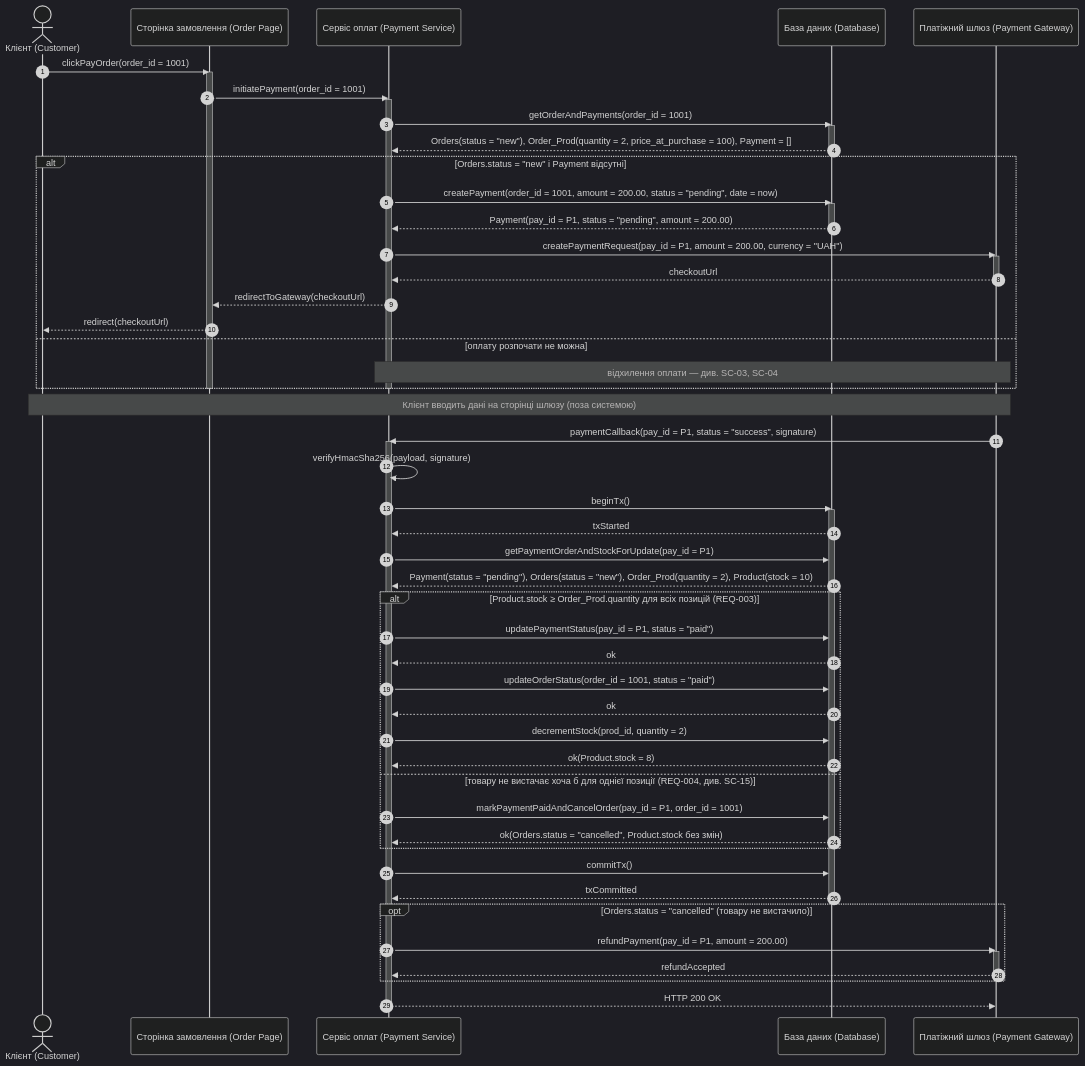
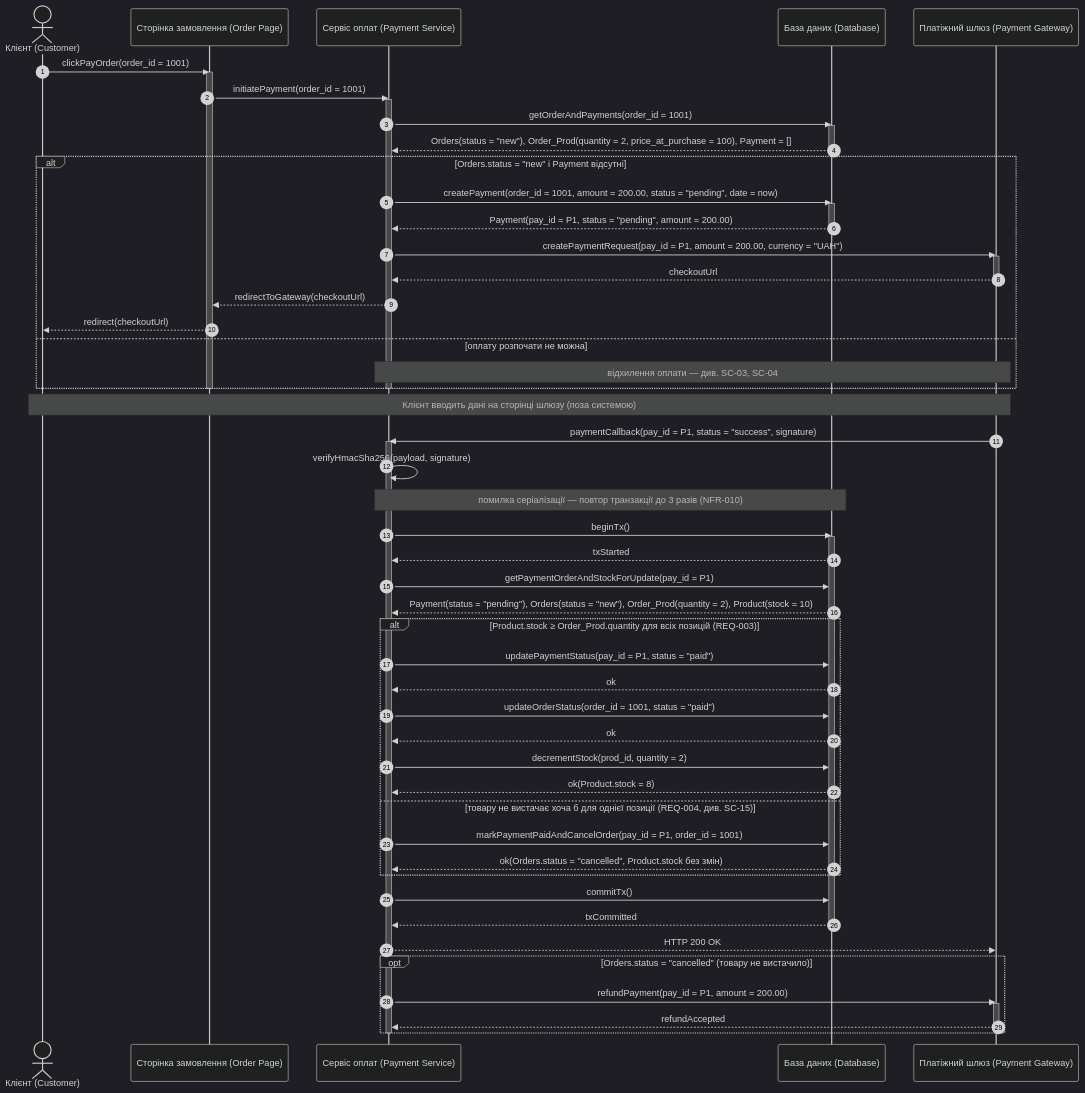
The first of 15 diagrams in Lab3/diagram.md (hutnichs/KPI_MAVPZ), drawn with Mermaid (dark theme) before and after one commit. The commit also changed other lines of this file and 1 other file, not shown here.

````diff
--- a/Lab3/diagram.md
+++ b/Lab3/diagram.md
@@ -5,67 +5,68 @@
 ```mermaid
 sequenceDiagram
     autonumber
     actor Customer as Клієнт (Customer)
     participant Page as Сторінка замовлення (Order Page)
     participant PS as Сервіс оплат (Payment Service)
     participant DB as База даних (Database)
     participant PGW as Платіжний шлюз (Payment Gateway)
 
     Customer->>Page: clickPayOrder(order_id = 1001)
     activate Page
     Page->>PS: initiatePayment(order_id = 1001)
     activate PS
     PS->>DB: getOrderAndPayments(order_id = 1001)
     activate DB
     DB-->>PS: Orders(status = "new"), Order_Prod(quantity = 2, price_at_purchase = 100), Payment = []
     deactivate DB
     alt Orders.status = "new" і Payment відсутні
         PS->>DB: createPayment(order_id = 1001, amount = 200.00, status = "pending", date = now)
         activate DB
         DB-->>PS: Payment(pay_id = P1, status = "pending", amount = 200.00)
         deactivate DB
         PS->>PGW: createPaymentRequest(pay_id = P1, amount = 200.00, currency = "UAH")
         activate PGW
         PGW-->>PS: checkoutUrl
         deactivate PGW
         PS-->>Page: redirectToGateway(checkoutUrl)
         Page-->>Customer: redirect(checkoutUrl)
     else оплату розпочати не можна
         Note over PS,PGW: відхилення оплати — див. SC-03, SC-04
     end
     deactivate PS
     deactivate Page
 
     Note over Customer,PGW: Клієнт вводить дані на сторінці шлюзу (поза системою)
 
     PGW->>PS: paymentCallback(pay_id = P1, status = "success", signature)
     activate PS
     PS->>PS: verifyHmacSha256(payload, signature)
+    Note over PS,DB: помилка серіалізації — повтор транзакції до 3 разів (NFR-010)
     PS->>DB: beginTx()
     activate DB
     DB-->>PS: txStarted
     PS->>DB: getPaymentOrderAndStockForUpdate(pay_id = P1)
     DB-->>PS: Payment(status = "pending"), Orders(status = "new"), Order_Prod(quantity = 2), Product(stock = 10)
     alt Product.stock ≥ Order_Prod.quantity для всіх позицій (REQ-003)
         PS->>DB: updatePaymentStatus(pay_id = P1, status = "paid")
         DB-->>PS: ok
         PS->>DB: updateOrderStatus(order_id = 1001, status = "paid")
         DB-->>PS: ok
         PS->>DB: decrementStock(prod_id, quantity = 2)
         DB-->>PS: ok(Product.stock = 8)
     else товару не вистачає хоча б для однієї позиції (REQ-004, див. SC-15)
         PS->>DB: markPaymentPaidAndCancelOrder(pay_id = P1, order_id = 1001)
         DB-->>PS: ok(Orders.status = "cancelled", Product.stock без змін)
     end
     PS->>DB: commitTx()
     DB-->>PS: txCommitted
     deactivate DB
+    PS-->>PGW: HTTP 200 OK
     opt Orders.status = "cancelled" (товару не вистачило)
         PS->>PGW: refundPayment(pay_id = P1, amount = 200.00)
         activate PGW
         PGW-->>PS: refundAccepted
         deactivate PGW
     end
-    PS-->>PGW: HTTP 200 OK
     deactivate PS
 ```
````
